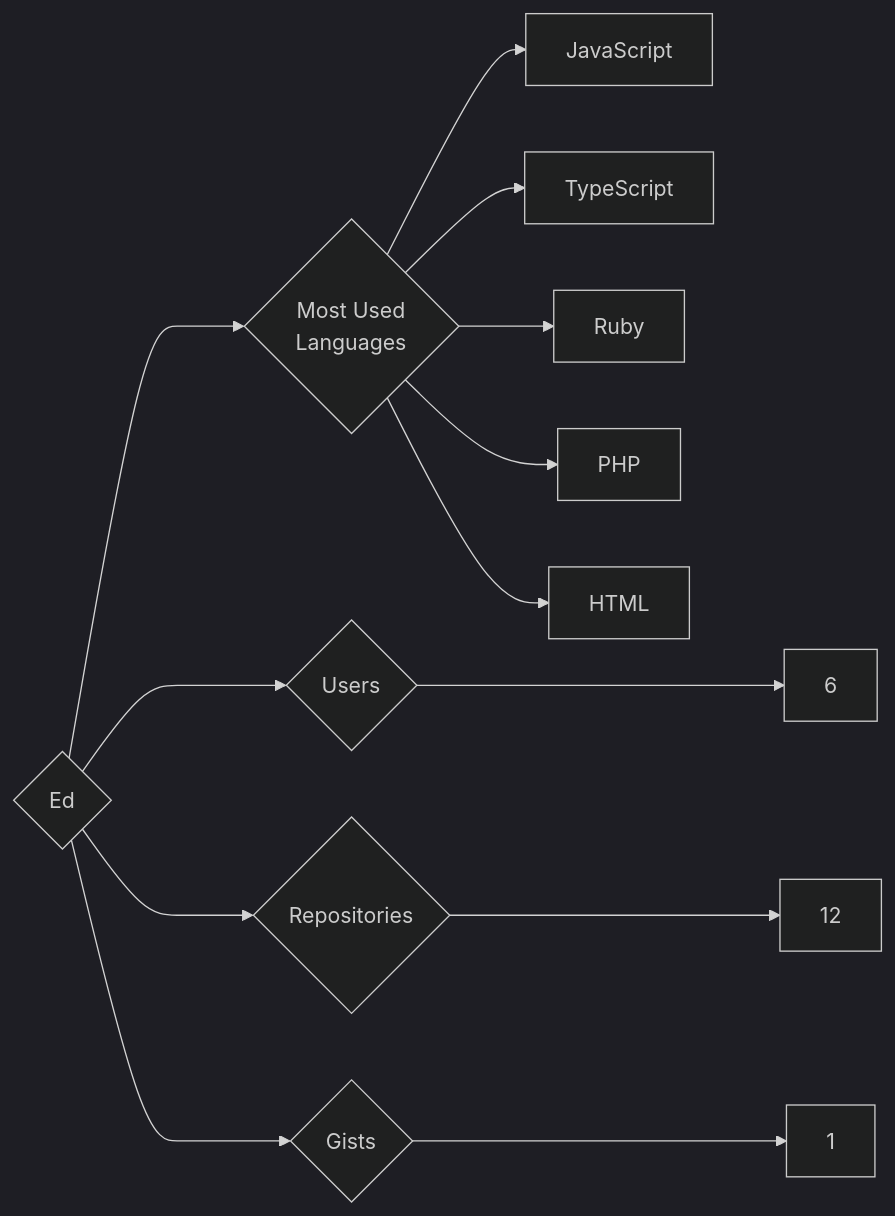
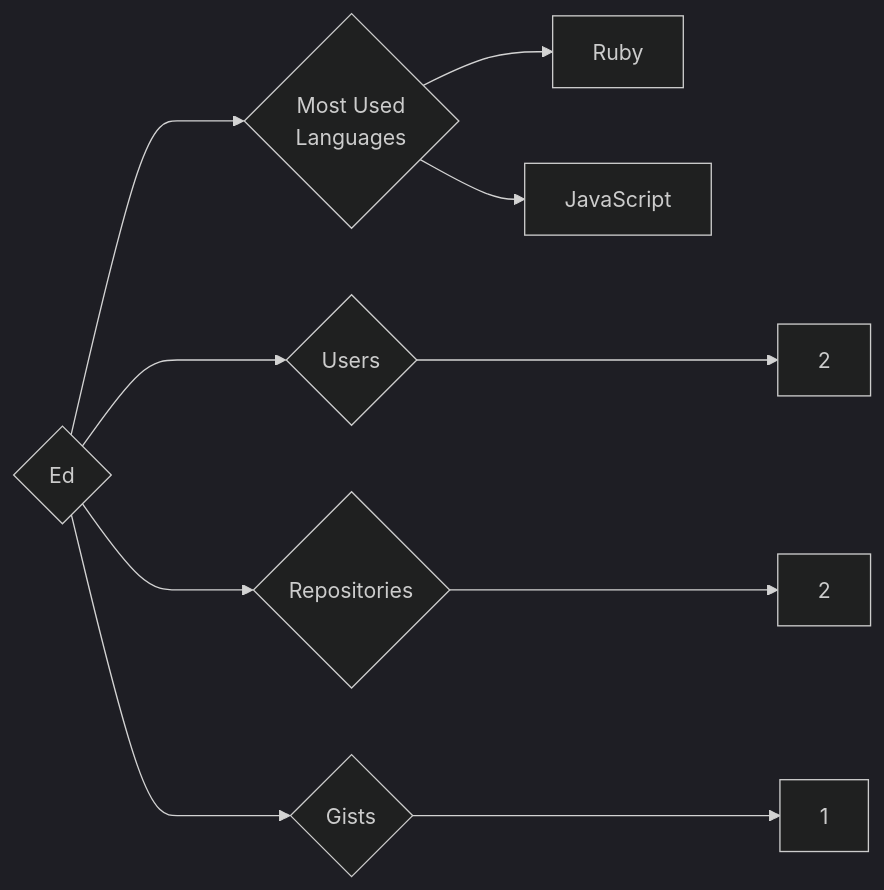
The diagram in targets/Ed/README.md (trickest/insiders), drawn with Mermaid (dark theme) before and after one commit. The commit also changed 1023 other files, not shown here.

````diff
--- a/targets/Ed/README.md
+++ b/targets/Ed/README.md
@@ -3,13 +3,10 @@
 ```mermaid
 graph LR
 COMPANY_NAME{Ed}
-COMPANY_NAME ---> U{Users} ---> UN[6]
-COMPANY_NAME ---> R{Repositories} ---> RN[12]
+COMPANY_NAME ---> U{Users} ---> UN[2]
+COMPANY_NAME ---> R{Repositories} ---> RN[2]
 COMPANY_NAME ---> G{Gists} ---> GN[1]
 COMPANY_NAME ---> ML{Most Used<br>Languages}
+ML --> Ruby[Ruby]
 ML --> JavaScript[JavaScript]
-ML --> TypeScript[TypeScript]
-ML --> Ruby[Ruby]
-ML --> PHP[PHP]
-ML --> HTML[HTML]
 ```
````
